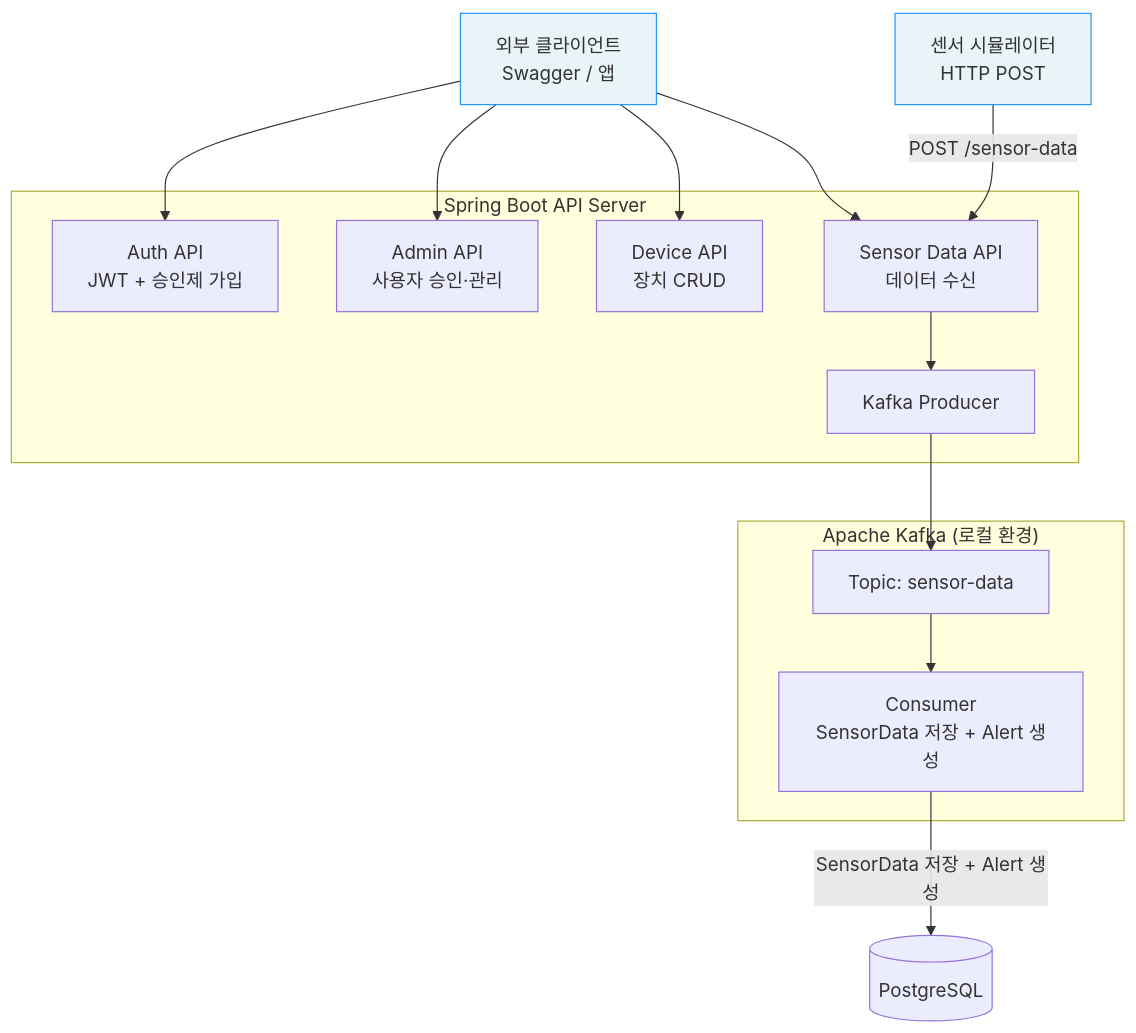
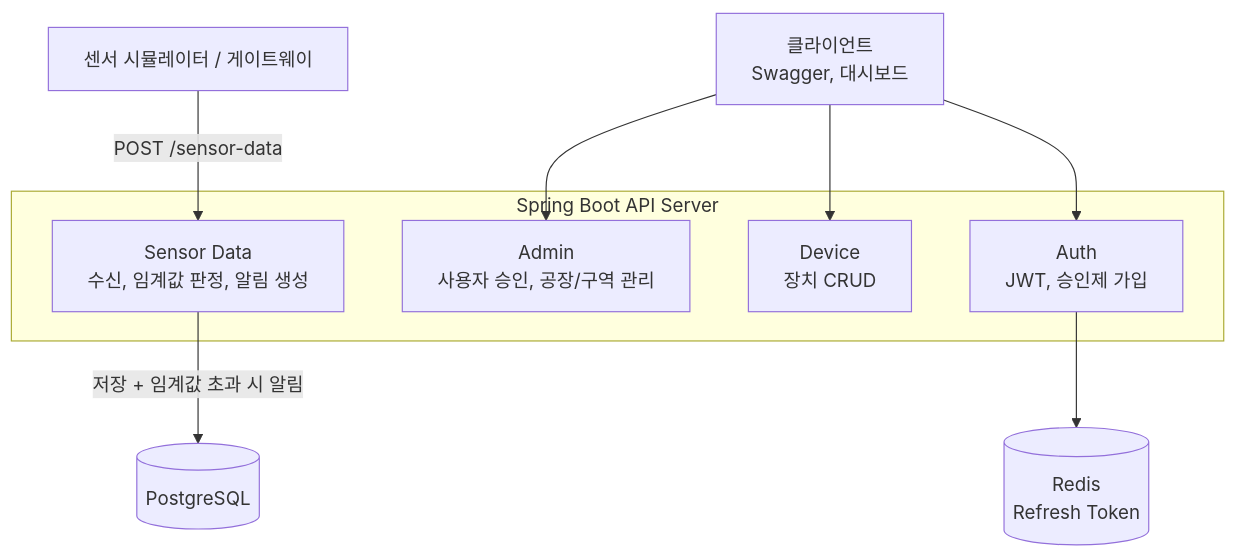
Before and after one commit to YEONJI-P/iot-sensor-platform: the second of 3 diagrams in README.md, drawn with Mermaid. The commit also changed other lines of this file, not shown here.

First line of the commit message:
docs(readme): 재포지셔닝 및 코드 정합 (Kafka 제거·4역할·Factory/Zone)

````diff
--- a/README.md
+++ b/README.md
@@ -70,31 +85,22 @@
 ```mermaid
 graph TD
-    SIM[센서 시뮬레이터\nHTTP POST]:::client
-    CLI[외부 클라이언트\nSwagger / 앱]:::client
+    SIM[센서 시뮬레이터 / 게이트웨이]
+    CLI[클라이언트<br>Swagger, 대시보드]
 
-    subgraph API["Spring Boot API Server"]
-        AUTH[Auth API\nJWT + 승인제 가입]
-        ADMIN[Admin API\n사용자 승인·관리]
-        DEVICE[Device API\n장치 CRUD]
-        SENSOR[Sensor Data API\n데이터 수신]
-        PRODUCER[Kafka Producer]
-    end
-
-    subgraph KAFKA["Apache Kafka (로컬 환경)"]
-        TOPIC[Topic: sensor-data]
-        CA[Consumer\nSensorData 저장 + Alert 생성]
+    subgraph API[Spring Boot API Server]
+        AUTH[Auth<br>JWT, 승인제 가입]
+        ADMIN[Admin<br>사용자 승인, 공장/구역 관리]
+        DEVICE[Device<br>장치 CRUD]
+        SENSOR[Sensor Data<br>수신, 임계값 판정, 알림 생성]
     end
 
     DB[(PostgreSQL)]
+    REDIS[(Redis<br>Refresh Token)]
 
     SIM -->|POST /sensor-data| SENSOR
     CLI --> AUTH
     CLI --> ADMIN
     CLI --> DEVICE
-    CLI --> SENSOR
-    SENSOR --> PRODUCER
-    PRODUCER --> TOPIC
-    TOPIC --> CA -->|SensorData 저장 + Alert 생성| DB
-
-    classDef client fill:#e8f4f8,stroke:#2196F3
+    SENSOR -->|저장 + 임계값 초과 시 알림| DB
+    AUTH --> REDIS
 ```
````
